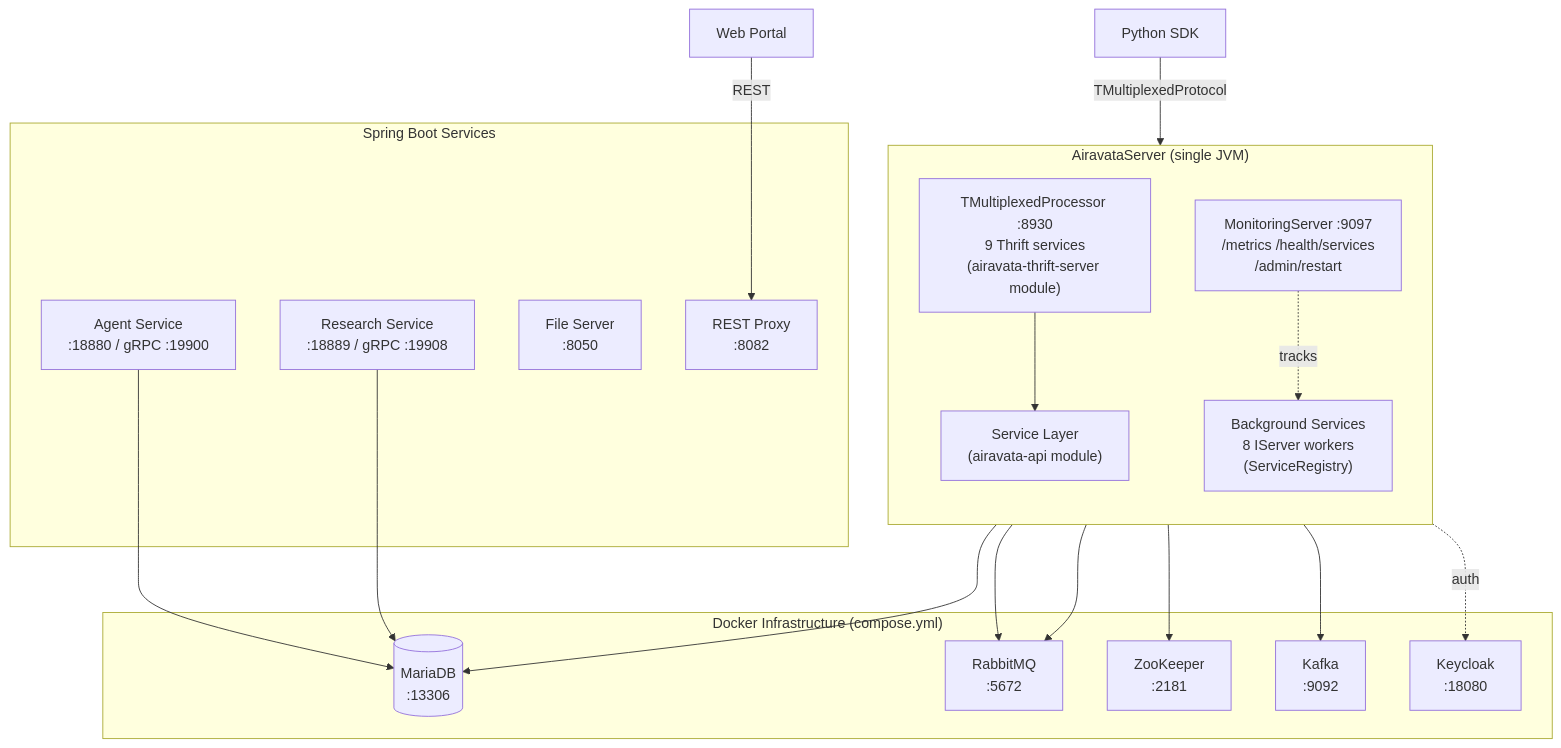
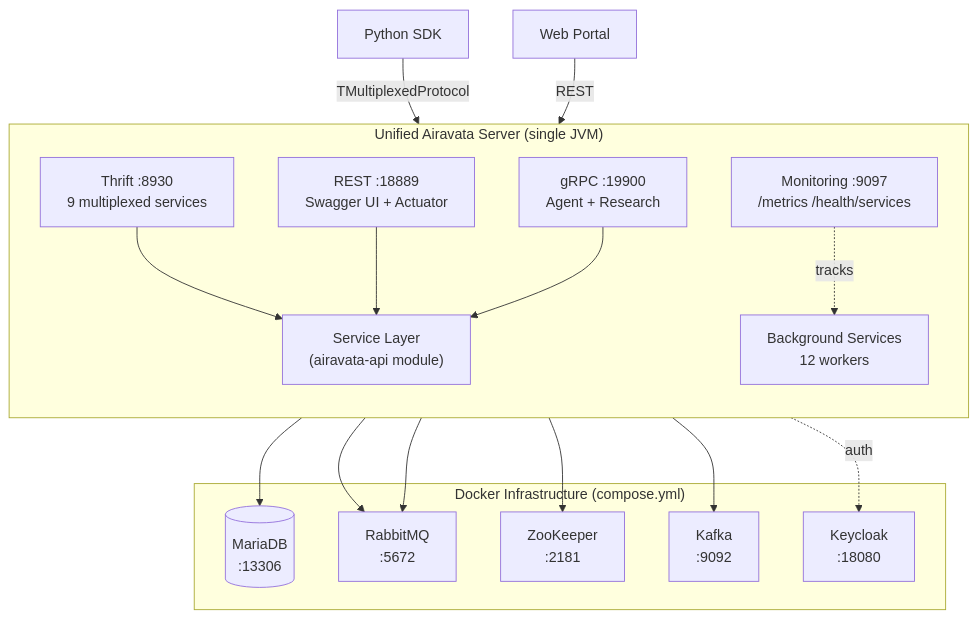
Before and after one commit to apache/airavata: the first of 3 diagrams in README.md, drawn with Mermaid. The commit also changed other lines of this file and 561 other files, not shown here.

````diff
--- a/README.md
+++ b/README.md
@@ -60,38 +60,33 @@
 ```mermaid
 graph TB
     subgraph "Docker Infrastructure (compose.yml)"
         DB[(MariaDB<br/>:13306)]
         RMQ[RabbitMQ<br/>:5672]
         ZK[ZooKeeper<br/>:2181]
         KFK[Kafka<br/>:9092]
         KC[Keycloak<br/>:18080]
     end
 
-    subgraph "AiravataServer (single JVM)"
+    subgraph "Unified Airavata Server (single JVM)"
         direction TB
-        MUX["TMultiplexedProcessor :8930<br/>9 Thrift services<br/>(airavata-thrift-server module)"]
+        MUX["Thrift :8930<br/>9 multiplexed services"]
+        REST["REST :18889<br/>Swagger UI + Actuator"]
+        GRPC["gRPC :19900<br/>Agent + Research"]
         SVC["Service Layer<br/>(airavata-api module)"]
-        BG["Background Services<br/>8 IServer workers<br/>(ServiceRegistry)"]
-        MON["MonitoringServer :9097<br/>/metrics  /health/services<br/>/admin/restart"]
-    end
-
-    subgraph "Spring Boot Services"
-        RS[Research Service<br/>:18889 / gRPC :19908]
-        AS[Agent Service<br/>:18880 / gRPC :19900]
-        FS[File Server<br/>:8050]
-        RP[REST Proxy<br/>:8082]
+        BG["Background Services<br/>12 workers"]
+        MON["Monitoring :9097<br/>/metrics /health/services"]
     end
 
     SDK[Python SDK] -->|TMultiplexedProtocol| MUX
-    Portal[Web Portal] -->|REST| RP
+    Portal[Web Portal] -->|REST| REST
     MUX --> SVC
+    REST --> SVC
+    GRPC --> SVC
     SVC --> DB
     SVC --> RMQ
     BG --> ZK
     BG --> KFK
     BG --> RMQ
-    AS --> DB
-    RS --> DB
     SVC -.->|auth| KC
     MON -.->|tracks| BG
 ```
````
